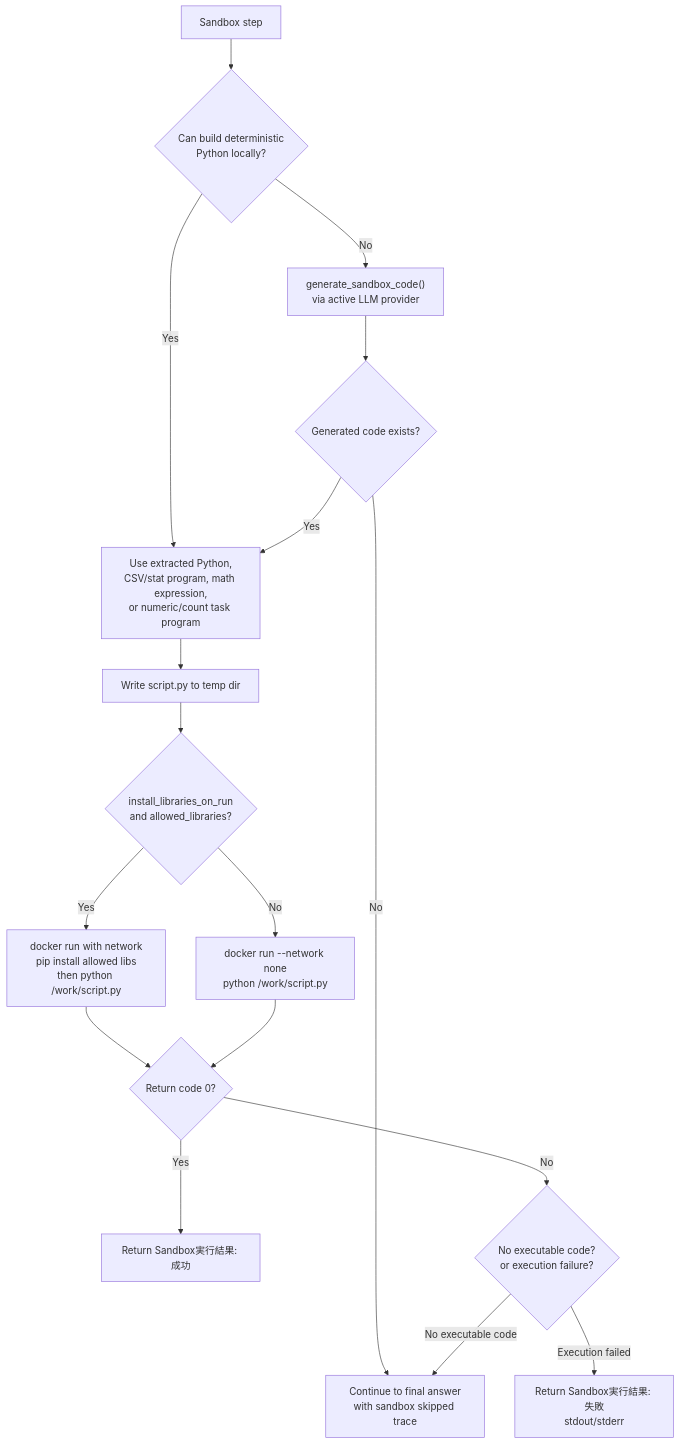
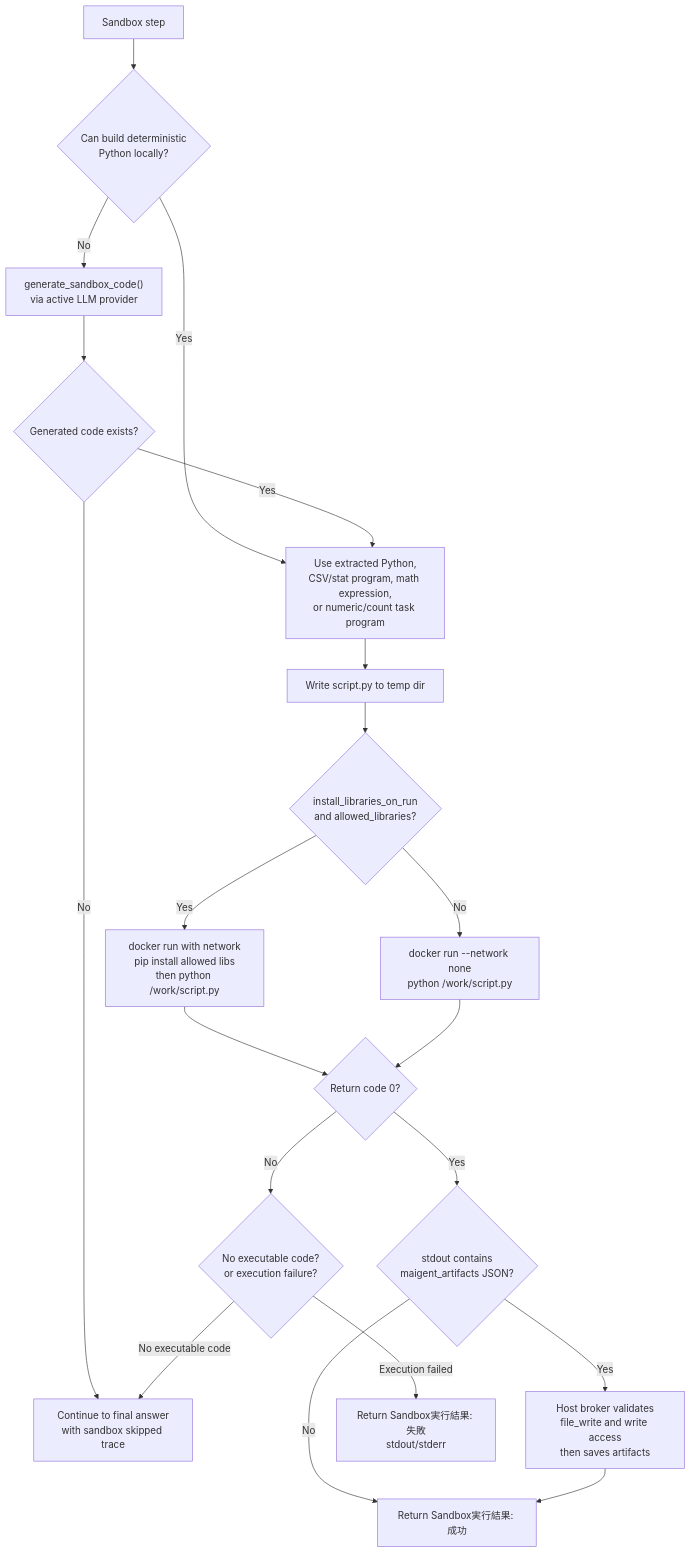
One commit to ikedachin/maigent changed the eighth of 11 diagrams in README.md. Above: the diagram before and after it, drawn with Mermaid. The commit also changed other lines of this file and 10 other files, not shown here.

````diff
--- a/README.md
+++ b/README.md
@@ -349,19 +356,22 @@
 ```mermaid
 flowchart TD
     SandboxStep["Sandbox step"] --> CanBuild{"Can build deterministic\nPython locally?"}
     CanBuild -- "Yes" --> LocalProgram["Use extracted Python,\nCSV/stat program, math expression,\nor numeric/count task program"]
     CanBuild -- "No" --> GenerateCode["generate_sandbox_code()\nvia active LLM provider"]
     GenerateCode --> CodeExists{"Generated code exists?"}
     CodeExists -- "No" --> ContinueNoCode["Continue to final answer\nwith sandbox skipped trace"]
     CodeExists -- "Yes" --> LocalProgram
     LocalProgram --> TempScript["Write script.py to temp dir"]
     TempScript --> InstallLibs{"install_libraries_on_run\nand allowed_libraries?"}
     InstallLibs -- "Yes" --> DockerNet["docker run with network\npip install allowed libs\nthen python /work/script.py"]
     InstallLibs -- "No" --> DockerNoNet["docker run --network none\npython /work/script.py"]
     DockerNet --> Result{"Return code 0?"}
     DockerNoNet --> Result
-    Result -- "Yes" --> Success["Return Sandbox実行結果: 成功"]
+    Result -- "Yes" --> Artifact{"stdout contains\nmaigent_artifacts JSON?"}
+    Artifact -- "Yes" --> Broker["Host broker validates\nfile_write and write access\nthen saves artifacts"]
+    Artifact -- "No" --> Success["Return Sandbox実行結果: 成功"]
+    Broker --> Success
     Result -- "No" --> Failure{"No executable code?\nor execution failure?"}
     Failure -- "No executable code" --> ContinueNoCode
     Failure -- "Execution failed" --> FailMessage["Return Sandbox実行結果: 失敗\nstdout/stderr"]
 ```
````
